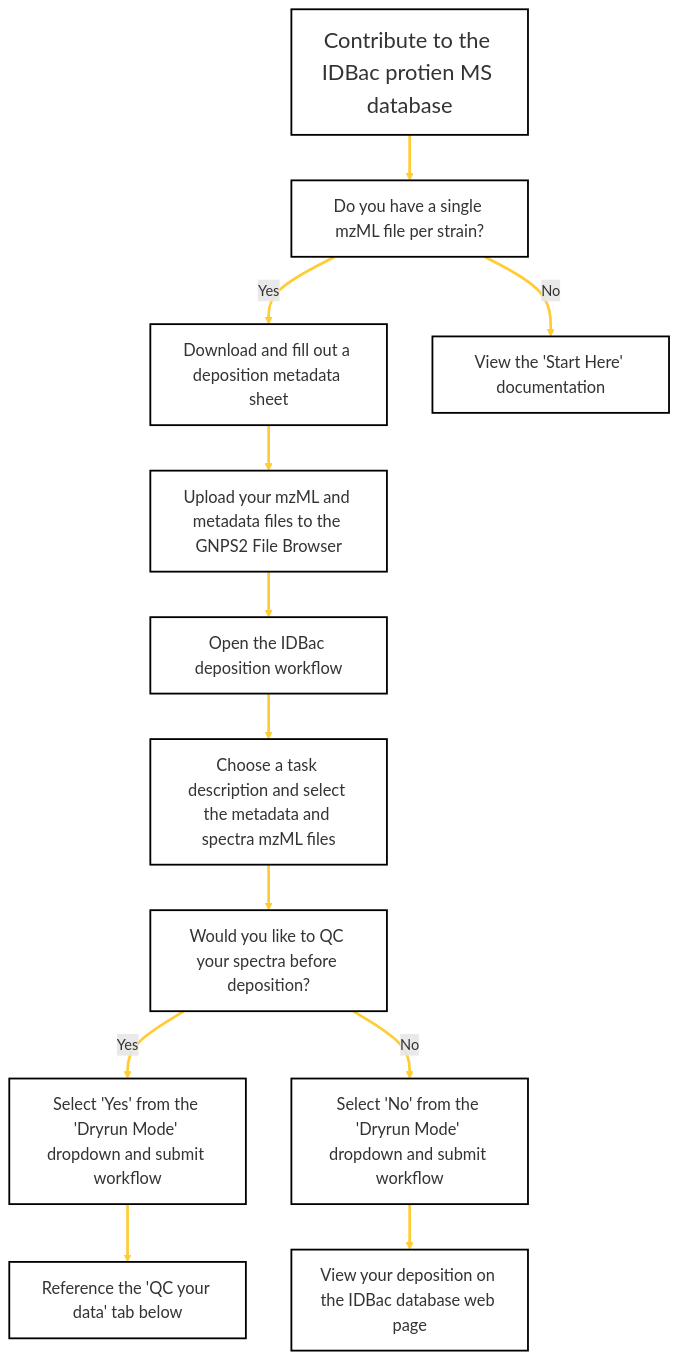
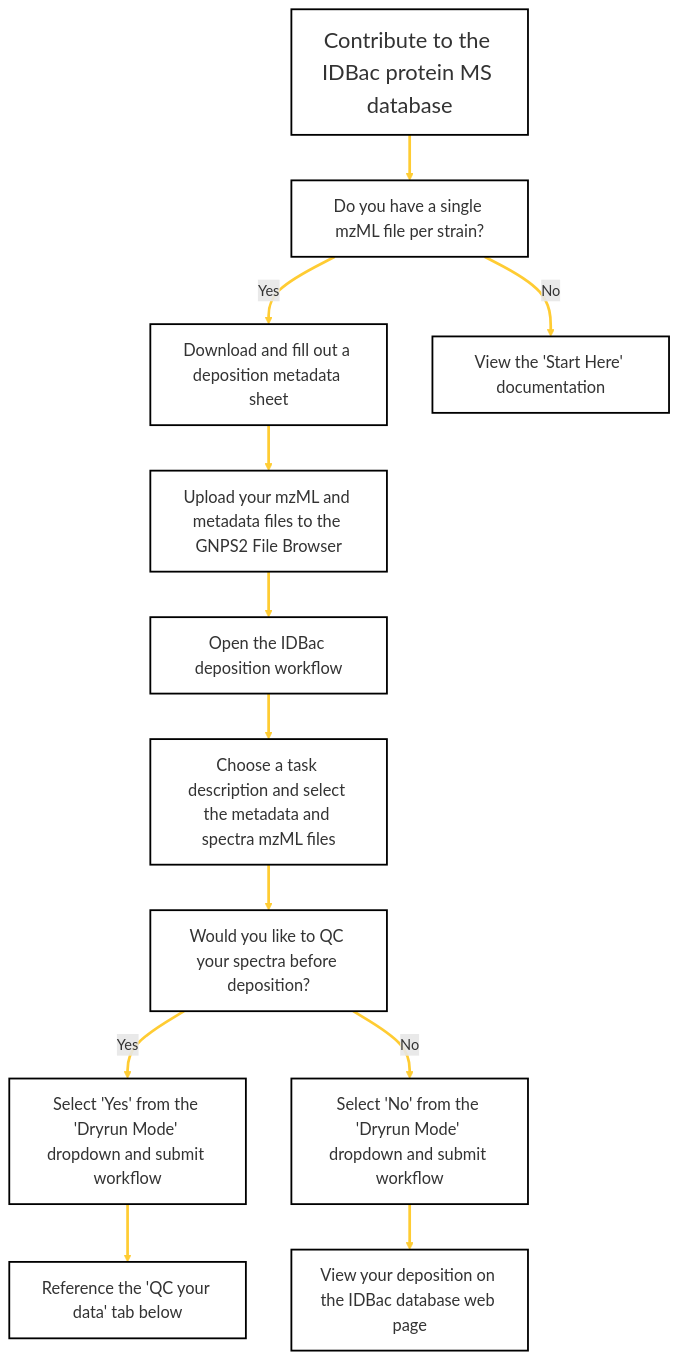
The diagram in docs/idbacdepositions.md (Wang-Bioinformatics-Lab/GNPS2_Documentation), drawn with Mermaid before and after one commit.

````diff
--- a/docs/idbacdepositions.md
+++ b/docs/idbacdepositions.md
@@ -15,51 +15,51 @@
 ```mermaid
 flowchart TD
-    A[Contribute to the IDBac protien MS database] --> B[Do you have a single mzML file per strain?]
+    A[Contribute to the IDBac protein MS database] --> B[Do you have a single mzML file per strain?]
     B -->|Yes| C[Download and fill out a deposition metadata sheet]
     B -->|No| D[View the 'Start Here' documentation]
     C --> E[Upload your mzML and metadata files to the GNPS2 File Browser]
     E --> F[Open the IDBac deposition workflow]
     F --> G[Choose a task description and select the metadata and spectra mzML files]
     G --> H[Would you like to QC your spectra before deposition?]
     H --> |Yes| I[Select 'Yes' from the 'Dryrun Mode' dropdown and submit workflow]
     H --> |No| J[Select 'No' from the 'Dryrun Mode' dropdown and submit workflow]
     J --> K[View your deposition on the IDBac database web page]
     I --> L[Reference the 'QC your data' tab below]
    
     
     click C href "https://docs.google.com/spreadsheets/d/1yKsZ2FEw8-cWufvY8l31Ju8NTKujmEtb/edit?usp=sharing&ouid=102573514213912402103&rtpof=true&sd=true"
     click E href "https://gnps2.org/homepage"
     click F href "https://gnps2.org/workflowinput?workflowname=idbacdeposition_workflow"
     click K href "https://idbac.org/database"
 
 
  %% Styling
     style A fill:#FFFFFF,stroke:#000000,stroke-width:2px,font-size:24px
     style B fill:#FFFFFF,stroke:#000000,stroke-width:2px,font-size:18px
     style C fill:#FFFFFF,stroke:#000000,stroke-width:2px,font-size:18px
     style D fill:#FFFFFF,stroke:#000000,stroke-width:2px,font-size:18px
     style E fill:#FFFFFF,stroke:#000000,stroke-width:2px,font-size:18px
     style F fill:#FFFFFF,stroke:#000000,stroke-width:2px,font-size:18px
     style G fill:#FFFFFF,stroke:#000000,stroke-width:2px,font-size:18px
     style H fill:#FFFFFF,stroke:#000000,stroke-width:2px,font-size:18px
     style I fill:#FFFFFF,stroke:#000000,stroke-width:2px,font-size:18px
     style J fill:#FFFFFF,stroke:#000000,stroke-width:2px,font-size:18px
     style K fill:#FFFFFF,stroke:#000000,stroke-width:2px,font-size:18px
     style L fill:#FFFFFF,stroke:#000000,stroke-width:2px,font-size:18px 
 
 %% Link Styling
     linkStyle 0 stroke:#ffcc33,stroke-width:3px
     linkStyle 1 stroke:#ffcc33,stroke-width:3px
     linkStyle 2 stroke:#ffcc33,stroke-width:3px
     linkStyle 3 stroke:#ffcc33,stroke-width:3px
     linkStyle 4 stroke:#ffcc33,stroke-width:3px
     linkStyle 5 stroke:#ffcc33,stroke-width:3px
     linkStyle 6 stroke:#ffcc33,stroke-width:3px
     linkStyle 7 stroke:#ffcc33,stroke-width:3px
     linkStyle 8 stroke:#ffcc33,stroke-width:3px
     linkStyle 9 stroke:#ffcc33,stroke-width:3px
     linkStyle 10 stroke:#ffcc33,stroke-width:3px
     
    
 
 ```
````
